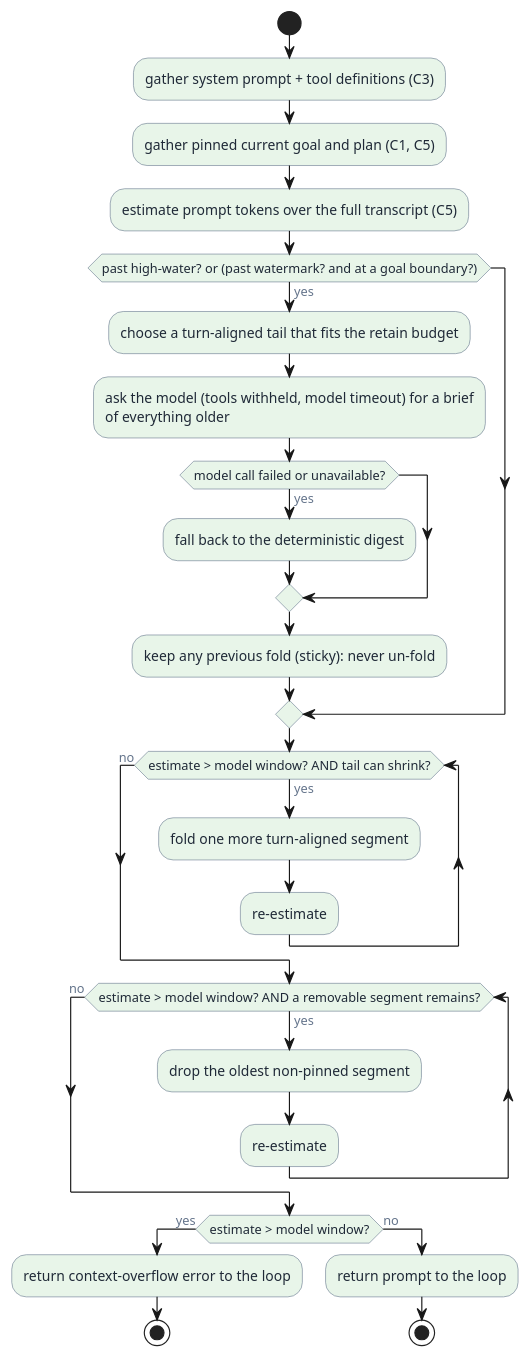
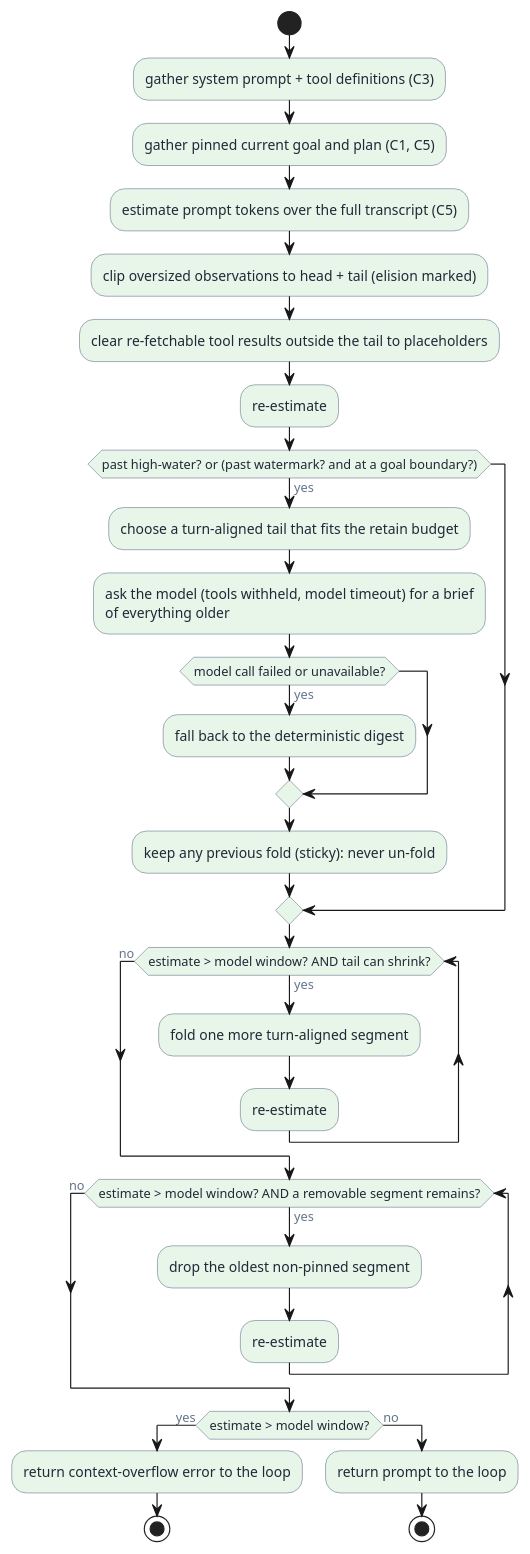
The second of 2 diagrams in 00_bp/C4_context.md (invented-pro/sudoer), drawn with PlantUML before and after one commit. The commit also changed other lines of this file and 2 other files, not shown here.

First line of the commit message:
Add observation truncation and tool-result clearing to C4 compaction

````diff
--- a/00_bp/C4_context.md
+++ b/00_bp/C4_context.md
@@ -55,37 +59,40 @@
 ```plantuml
 @startuml
 skinparam backgroundColor transparent
 skinparam defaultFontColor #64748B
 skinparam activityBackgroundColor #E8F5E9
 skinparam activityBorderColor #64748B
 skinparam activityFontColor #1F2937
 start
 :gather system prompt + tool definitions (C3);
 :gather pinned current goal and plan (C1, C5);
 :estimate prompt tokens over the full transcript (C5);
+:clip oversized observations to head + tail (elision marked);
+:clear re-fetchable tool results outside the tail to placeholders;
+:re-estimate;
 if (past high-water? or (past watermark? and at a goal boundary?)) then (yes)
   :choose a turn-aligned tail that fits the retain budget;
   :ask the model (tools withheld, model timeout) for a brief
   of everything older;
   if (model call failed or unavailable?) then (yes)
     :fall back to the deterministic digest;
   endif
   :keep any previous fold (sticky): never un-fold;
 endif
 while (estimate > model window? AND tail can shrink?) is (yes)
   :fold one more turn-aligned segment;
   :re-estimate;
 endwhile (no)
 while (estimate > model window? AND a removable segment remains?) is (yes)
   :drop the oldest non-pinned segment;
   :re-estimate;
 endwhile (no)
 if (estimate > model window?) then (yes)
   :return context-overflow error to the loop;
   stop
 else (no)
   :return prompt to the loop;
   stop
 endif
 @enduml
 ```
````
